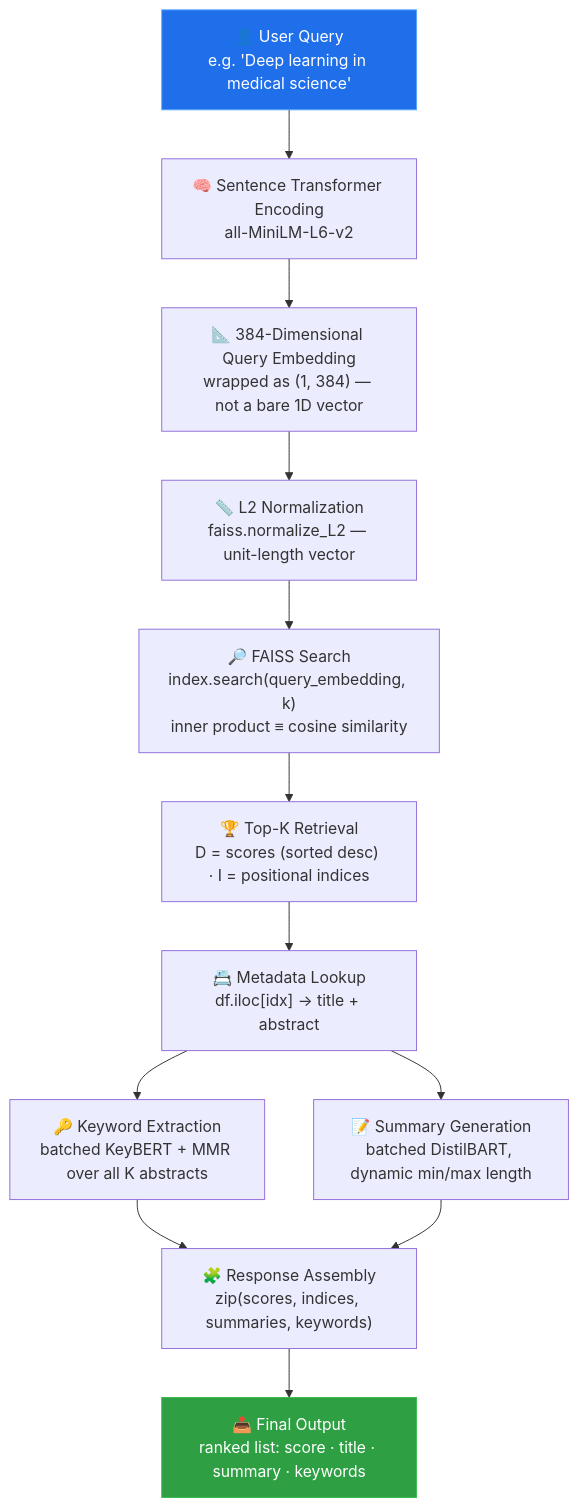
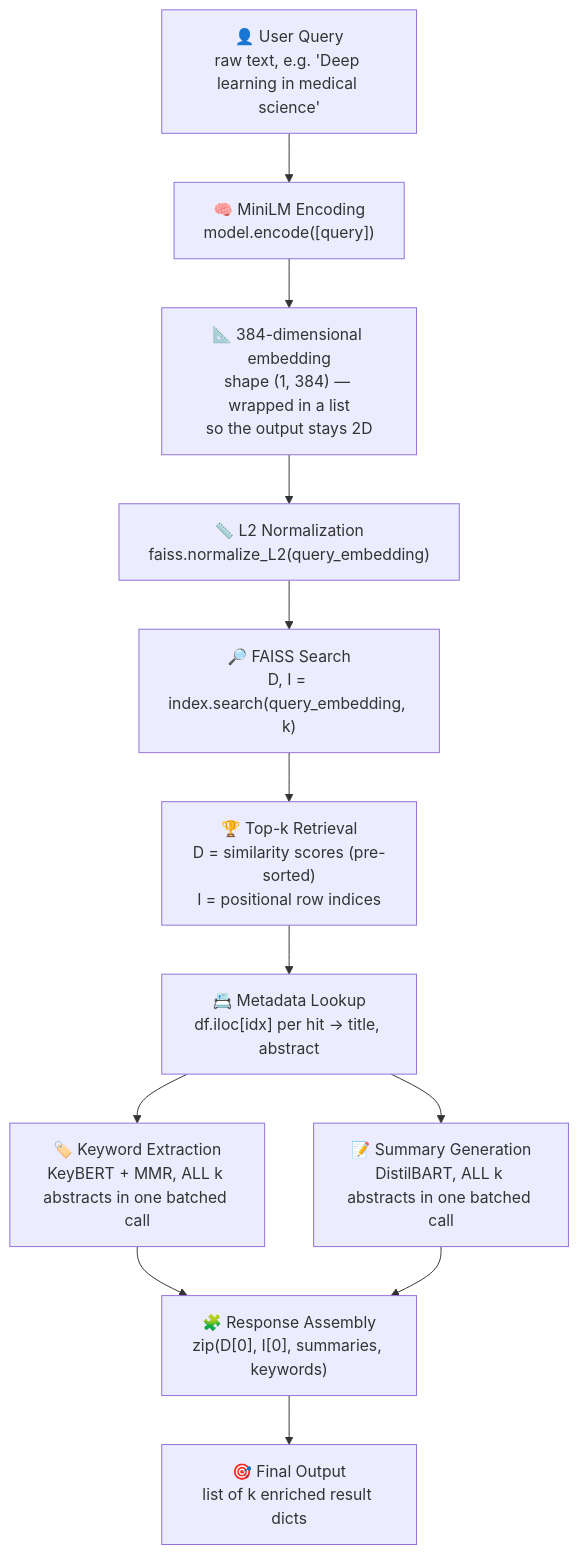
One commit to aayushdalal/Fanite changed the second of 6 diagrams in README.md. Above: the diagram before and after it, drawn with Mermaid. The commit also changed other lines of this file, not shown here.

````diff
--- a/README.md
+++ b/README.md
@@ -200,17 +166,14 @@
 ```mermaid
 flowchart TD
-    A["👤 User Query<br/>e.g. 'Deep learning in medical science'"] --> B["🧠 Sentence Transformer Encoding<br/>all-MiniLM-L6-v2"]
-    B --> C["📐 384-Dimensional Query Embedding<br/>wrapped as (1, 384) — not a bare 1D vector"]
-    C --> D["📏 L2 Normalization<br/>faiss.normalize_L2 — unit-length vector"]
-    D --> E["🔎 FAISS Search<br/>index.search(query_embedding, k)<br/>inner product ≡ cosine similarity"]
-    E --> F["🏆 Top-K Retrieval<br/>D = scores (sorted desc) · I = positional indices"]
-    F --> G["📇 Metadata Lookup<br/>df.iloc[idx] → title + abstract"]
-    G --> H["🔑 Keyword Extraction<br/>batched KeyBERT + MMR over all K abstracts"]
-    G --> I["📝 Summary Generation<br/>batched DistilBART, dynamic min/max length"]
-    H --> J["🧩 Response Assembly<br/>zip(scores, indices, summaries, keywords)"]
+    A["👤 User Query<br/>raw text, e.g. 'Deep learning in medical science'"] --> B["🧠 MiniLM Encoding<br/>model.encode([query])"]
+    B --> C["📐 384-dimensional embedding<br/>shape (1, 384) — wrapped in a list<br/>so the output stays 2D"]
+    C --> D["📏 L2 Normalization<br/>faiss.normalize_L2(query_embedding)"]
+    D --> E["🔎 FAISS Search<br/>D, I = index.search(query_embedding, k)"]
+    E --> F["🏆 Top-k Retrieval<br/>D = similarity scores (pre-sorted)<br/>I = positional row indices"]
+    F --> G["📇 Metadata Lookup<br/>df.iloc[idx] per hit → title, abstract"]
+    G --> H["🏷️ Keyword Extraction<br/>KeyBERT + MMR, ALL k abstracts in one batched call"]
+    G --> I["📝 Summary Generation<br/>DistilBART, ALL k abstracts in one batched call"]
+    H --> J["🧩 Response Assembly<br/>zip(D[0], I[0], summaries, keywords)"]
     I --> J
-    J --> K["📤 Final Output<br/>ranked list: score · title · summary · keywords"]
-
-    style A fill:#1f6feb,stroke:#58a6ff,color:#fff
-    style K fill:#2ea043,stroke:#3fb950,color:#fff
+    J --> K["🎯 Final Output<br/>list of k enriched result dicts"]
 ```
````
